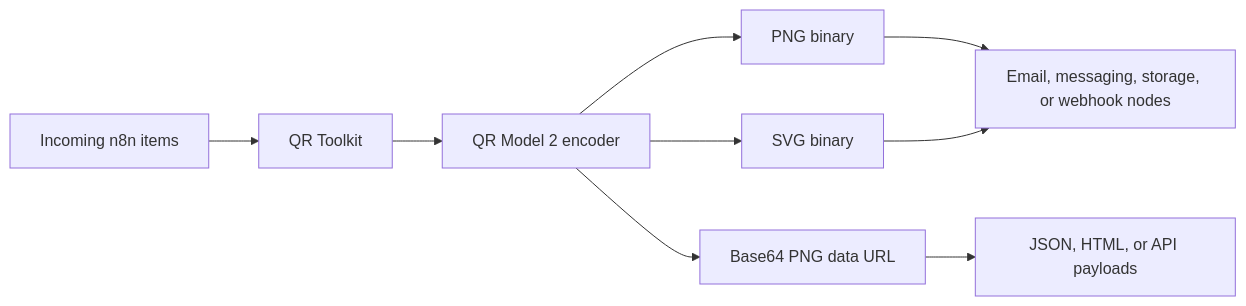
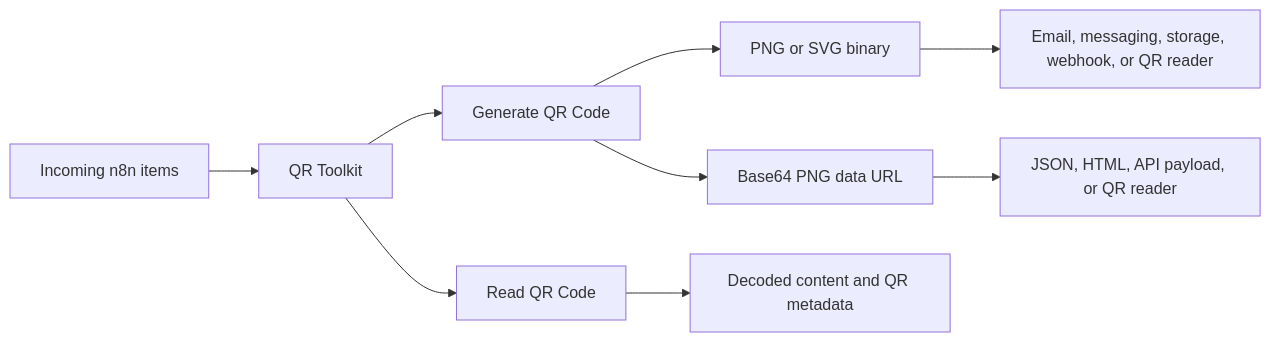
One commit to EnriqueITE/QR-Toolkit-N8N changed the diagram in README.md. Above: the diagram before and after it, drawn with Mermaid. The commit also changed other lines of this file and 16 other files, not shown here.

````diff
--- a/README.md
+++ b/README.md
@@ -7,11 +7,11 @@
 ```mermaid
 flowchart LR
     A["Incoming n8n items"] --> B["QR Toolkit"]
-    B --> C["QR Model 2 encoder"]
-    C --> D["PNG binary"]
-    C --> E["SVG binary"]
+    B --> C["Generate QR Code"]
+    B --> D["Read QR Code"]
+    C --> E["PNG or SVG binary"]
     C --> F["Base64 PNG data URL"]
-    D --> G["Email, messaging, storage, or webhook nodes"]
-    E --> G
-    F --> H["JSON, HTML, or API payloads"]
+    E --> G["Email, messaging, storage, webhook, or QR reader"]
+    F --> H["JSON, HTML, API payload, or QR reader"]
+    D --> I["Decoded content and QR metadata"]
 ```
````
